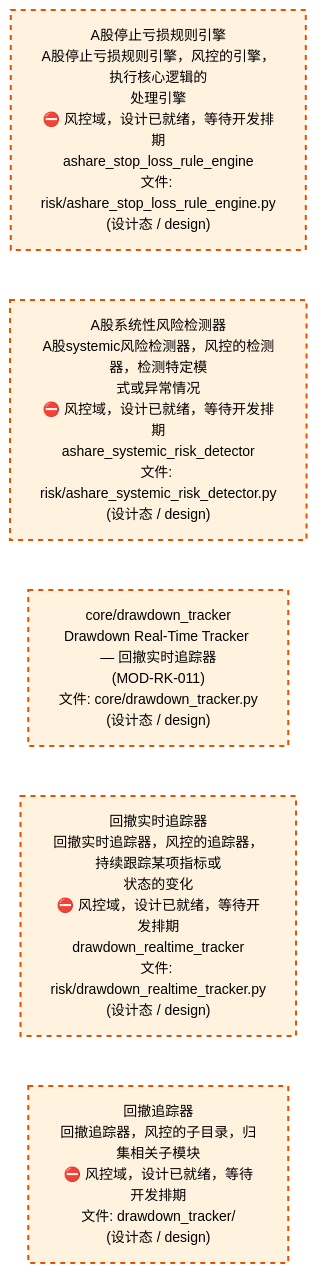
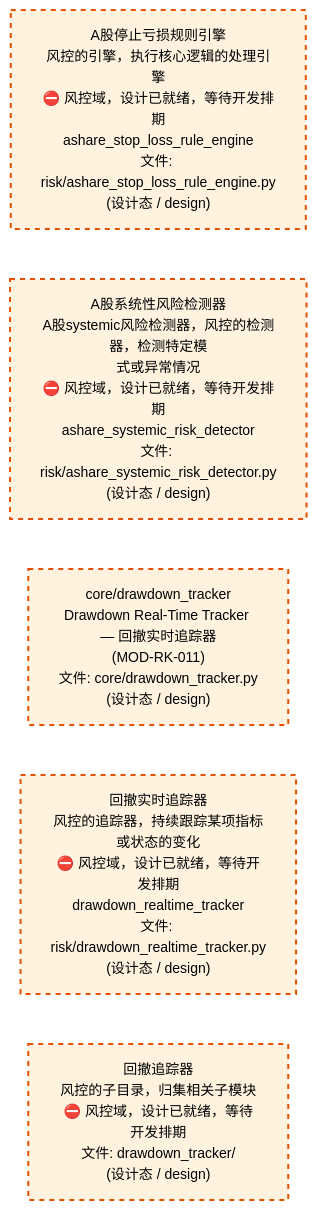
Before and after one commit to xuanFelixVan/ZephyrAlpha: the third of 4 diagrams in docs/02_enterprise_architecture/02_domain_architecture_docs/65_d_risk.md, drawn with Mermaid. The commit also changed other lines of this file and 60 other files, not shown here.

````diff
--- a/docs/02_enterprise_architecture/02_domain_architecture_docs/65_d_risk.md
+++ b/docs/02_enterprise_architecture/02_domain_architecture_docs/65_d_risk.md
@@ -183,18 +183,18 @@
 ```mermaid
 %%{init: {'theme': 'base', 'themeVariables': {'primaryColor': '#eaeaea', 'primaryTextColor': '#333333', 'primaryBorderColor': '#666666', 'lineColor': '#666666', 'secondaryColor': '#eaeaea', 'tertiaryColor': '#eaeaea', 'fontSize': '14px'}}}%%
 flowchart TD
-    src_zephyr_risk_ashare_stop_loss_rule_engine_py["A股停止亏损规则引擎<br/>A股停止亏损规则引擎，风控的引擎，执行核心逻辑的<br/>处理引擎<br/>⛔ 风控域，设计已就绪，等待开发排期<br/>ashare_stop_loss_rule_engine<br/>文件: risk/ashare_stop_loss_rule_engine.py<br/>(设计态 / design)"]
+    src_zephyr_risk_ashare_stop_loss_rule_engine_py["A股停止亏损规则引擎<br/>风控的引擎，执行核心逻辑的处理引擎<br/>⛔ 风控域，设计已就绪，等待开发排期<br/>ashare_stop_loss_rule_engine<br/>文件: risk/ashare_stop_loss_rule_engine.py<br/>(设计态 / design)"]
     src_zephyr_risk_ashare_systemic_risk_detector_py["A股系统性风险检测器<br/>A股systemic风险检测器，风控的检测器，检测特定模<br/>式或异常情况<br/>⛔ 风控域，设计已就绪，等待开发排期<br/>ashare_systemic_risk_detector<br/>文件: risk/ashare_systemic_risk_detector.py<br/>(设计态 / design)"]
     src_zephyr_risk_core_drawdown_tracker_py["core/drawdown_tracker<br/>Drawdown Real-Time Tracker — 回撤实时追踪器<br/>(MOD-RK-011)<br/>文件: core/drawdown_tracker.py<br/>(设计态 / design)"]
-    src_zephyr_risk_drawdown_realtime_tracker_py["回撤实时追踪器<br/>回撤实时追踪器，风控的追踪器，持续跟踪某项指标或<br/>状态的变化<br/>⛔ 风控域，设计已就绪，等待开发排期<br/>drawdown_realtime_tracker<br/>文件: risk/drawdown_realtime_tracker.py<br/>(设计态 / design)"]
-    src_zephyr_risk_drawdown_tracker["回撤追踪器<br/>回撤追踪器，风控的子目录，归集相关子模块<br/>⛔ 风控域，设计已就绪，等待开发排期<br/>文件: drawdown_tracker/<br/>(设计态 / design)"]
+    src_zephyr_risk_drawdown_realtime_tracker_py["回撤实时追踪器<br/>风控的追踪器，持续跟踪某项指标或状态的变化<br/>⛔ 风控域，设计已就绪，等待开发排期<br/>drawdown_realtime_tracker<br/>文件: risk/drawdown_realtime_tracker.py<br/>(设计态 / design)"]
+    src_zephyr_risk_drawdown_tracker["回撤追踪器<br/>风控的子目录，归集相关子模块<br/>⛔ 风控域，设计已就绪，等待开发排期<br/>文件: drawdown_tracker/<br/>(设计态 / design)"]
     src_zephyr_risk_ashare_stop_loss_rule_engine_py ~~~ src_zephyr_risk_ashare_systemic_risk_detector_py
     src_zephyr_risk_ashare_systemic_risk_detector_py ~~~ src_zephyr_risk_core_drawdown_tracker_py
     src_zephyr_risk_core_drawdown_tracker_py ~~~ src_zephyr_risk_drawdown_realtime_tracker_py
     src_zephyr_risk_drawdown_realtime_tracker_py ~~~ src_zephyr_risk_drawdown_tracker
     classDef production fill:#e1f5fe,stroke:#01579b,stroke-width:2px,color:#000
     classDef design fill:#fff3e0,stroke:#e65100,stroke-width:2px,color:#000,stroke-dasharray: 5 5
     classDef external_prod fill:#e8f4fd,stroke:#0277bd,stroke-width:1px,color:#000
     classDef external_design fill:#fff8e7,stroke:#ef6c00,stroke-width:1px,color:#000,stroke-dasharray: 5 5
     class src_zephyr_risk_ashare_stop_loss_rule_engine_py,src_zephyr_risk_ashare_systemic_risk_detector_py,src_zephyr_risk_core_drawdown_tracker_py,src_zephyr_risk_drawdown_realtime_tracker_py,src_zephyr_risk_drawdown_tracker design
 ```
````
